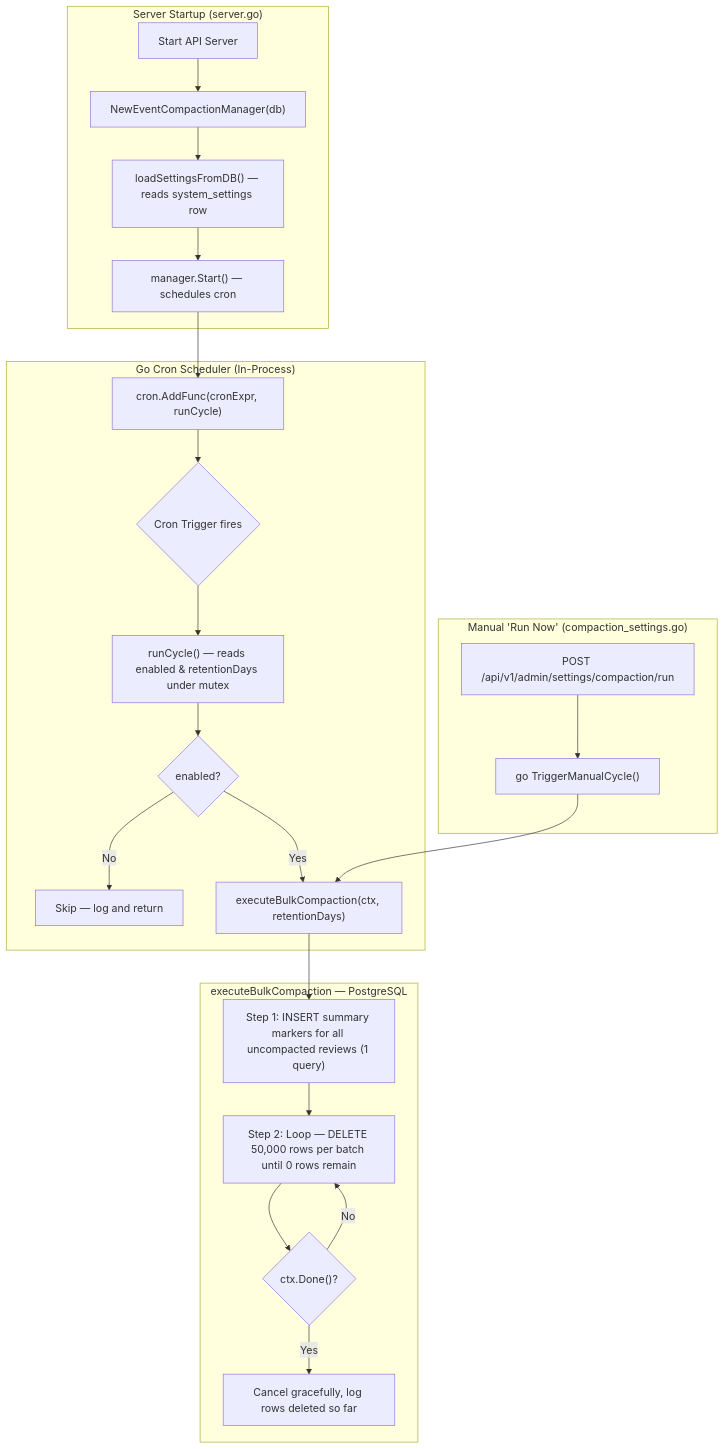
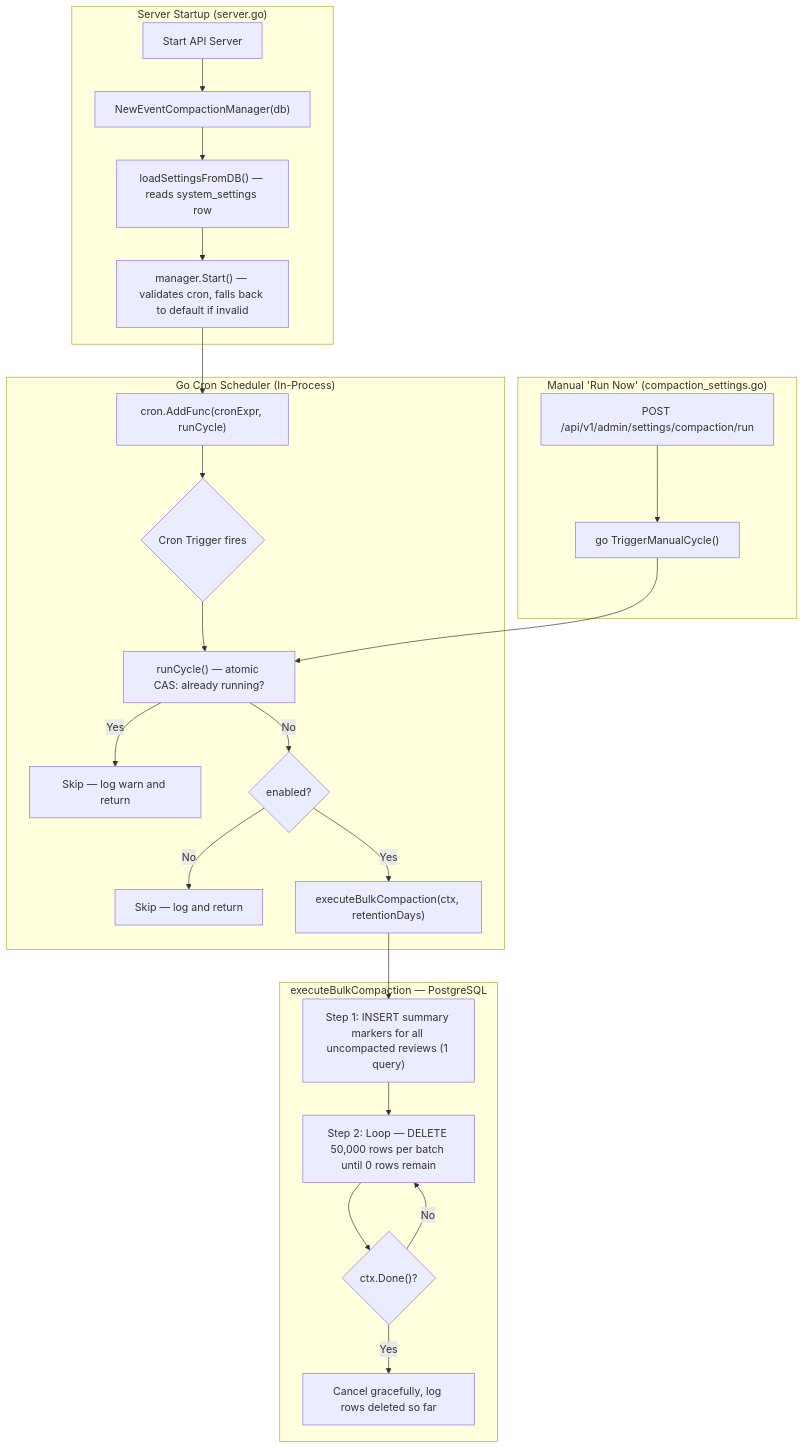
Before and after one commit to HexmosTech/LiveReview: the diagram in docs/Review/Event-compression.md, drawn with Mermaid. The commit also changed other lines of this file, not shown here.

Commit message:
Update Event Compaction Documentation

````diff
--- a/docs/Review/Event-compression.md
+++ b/docs/Review/Event-compression.md
@@ -35,30 +35,31 @@
 ```mermaid
 flowchart TD
     subgraph Server_Startup ["Server Startup (server.go)"]
         A["Start API Server"] --> B["NewEventCompactionManager(db)"]
         B --> C["loadSettingsFromDB() — reads system_settings row"]
-        C --> D["manager.Start() — schedules cron"]
+        C --> D["manager.Start() — validates cron, falls back to default if invalid"]
     end
 
     subgraph Go_Cron_Loop ["Go Cron Scheduler (In-Process)"]
         D --> E["cron.AddFunc(cronExpr, runCycle)"]
         E --> F{"Cron Trigger fires"}
-        F --> G["runCycle() — reads enabled & retentionDays under mutex"]
-        G --> H{"enabled?"}
-        H -->|"No"| I["Skip — log and return"]
-        H -->|"Yes"| J["executeBulkCompaction(ctx, retentionDays)"]
+        F --> G["runCycle() — atomic CAS: already running?"]
+        G --> |"Yes"| SKIP["Skip — log warn and return"]
+        G --> |"No"| H{"enabled?"}
+        H --> |"No"| I["Skip — log and return"]
+        H --> |"Yes"| J["executeBulkCompaction(ctx, retentionDays)"]
     end
 
     subgraph Manual_Trigger ["Manual 'Run Now' (compaction_settings.go)"]
         K["POST /api/v1/admin/settings/compaction/run"] --> L["go TriggerManualCycle()"]
-        L --> J
+        L --> G
     end
 
     subgraph Execution ["executeBulkCompaction — PostgreSQL"]
         J --> M["Step 1: INSERT summary markers for all uncompacted reviews (1 query)"]
         M --> N["Step 2: Loop — DELETE 50,000 rows per batch until 0 rows remain"]
         N --> O{"ctx.Done()?"}
-        O -->|"Yes"| P["Cancel gracefully, log rows deleted so far"]
-        O -->|"No"| N
+        O --> |"Yes"| P["Cancel gracefully, log rows deleted so far"]
+        O --> |"No"| N
     end
 ```
````
